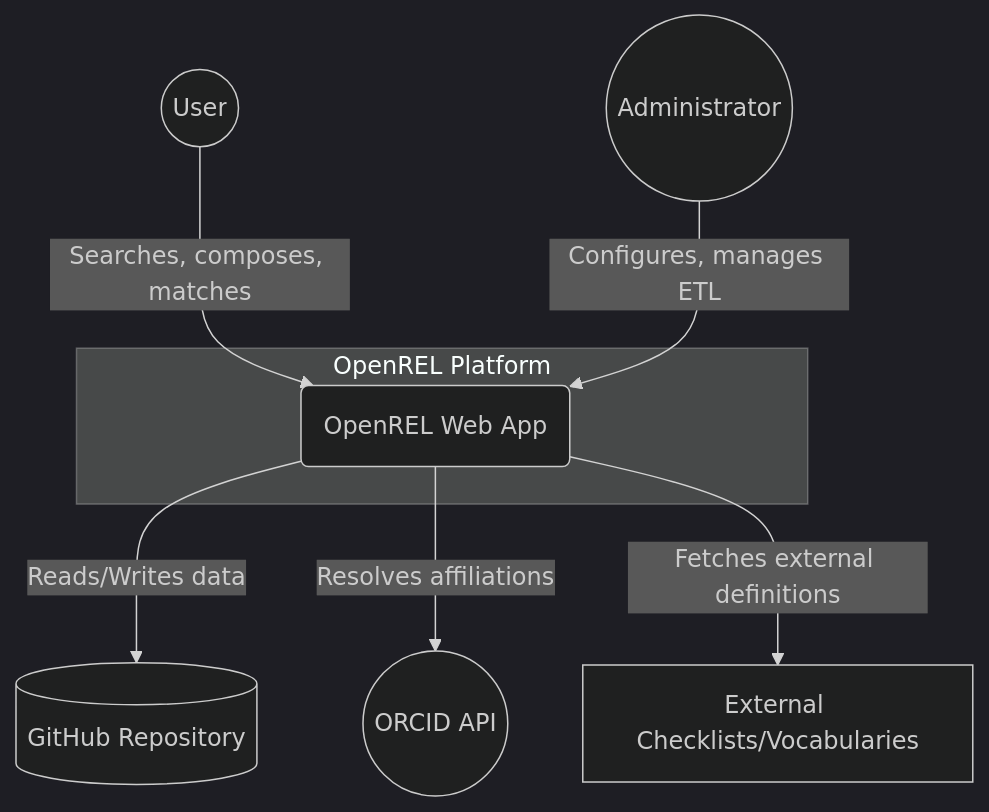
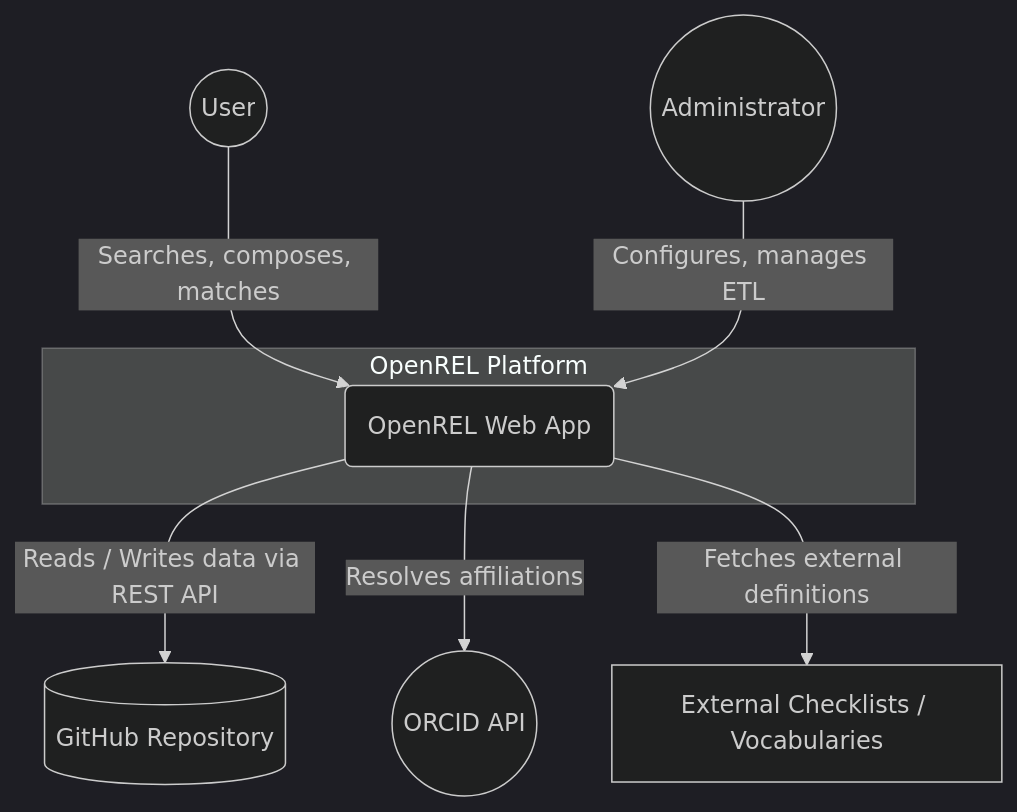
Before and after one commit to wimhugo/openrel: the first of 2 diagrams in docs/d_architecture.md, drawn with Mermaid (dark theme). The commit also changed other lines of this file, not shown here.

Commit message:
docs: add C2 Container Diagram to Annex D

````diff
--- a/docs/d_architecture.md
+++ b/docs/d_architecture.md
@@ -14,20 +22,20 @@
 ```mermaid
 graph TD
     User((User))
     Admin((Administrator))
-    
+
     subgraph OpenREL_System [OpenREL Platform]
         OpenREL(OpenREL Web App)
     end
-    
+
     GitHub[(GitHub Repository)]
     ORCID((ORCID API))
-    ExternalChecklists[External Checklists/Vocabularies]
+    ExternalChecklists[External Checklists / Vocabularies]
 
     User -->|Searches, composes, matches| OpenREL
     Admin -->|Configures, manages ETL| OpenREL
-    
-    OpenREL -->|Reads/Writes data| GitHub
+
+    OpenREL -->|Reads / Writes data via REST API| GitHub
     OpenREL -->|Resolves affiliations| ORCID
     OpenREL -->|Fetches external definitions| ExternalChecklists
 ```
````
